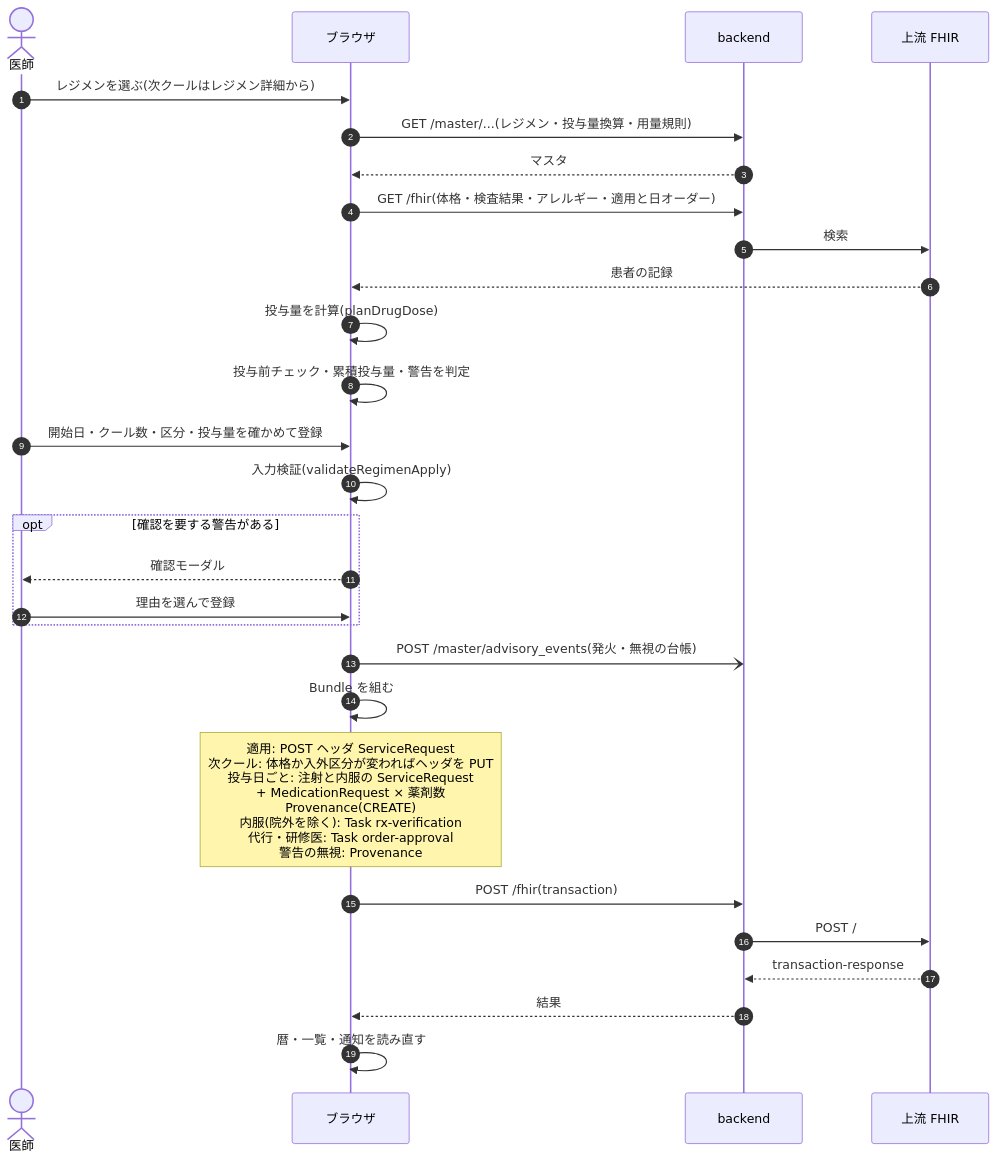
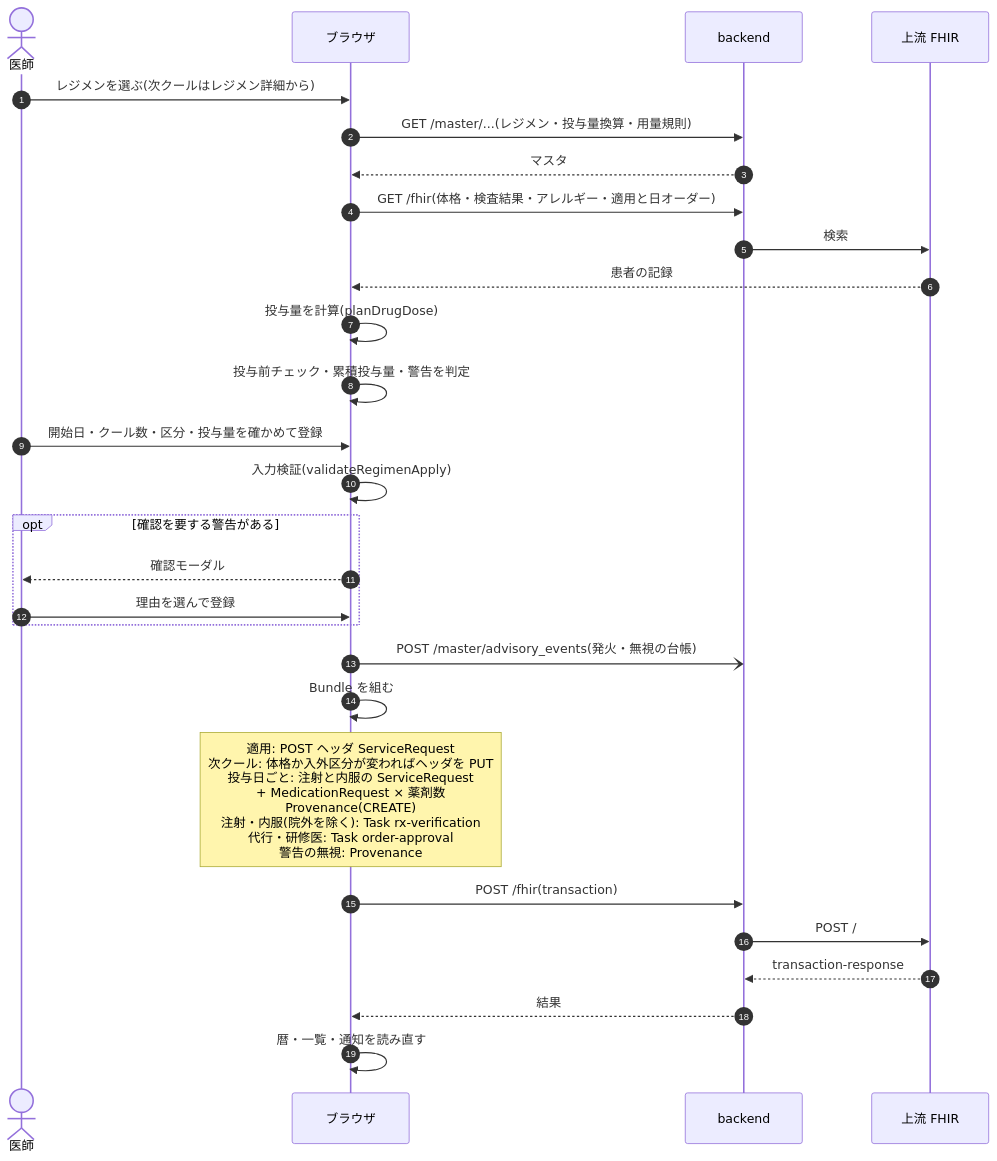
The fourth of 9 diagrams in docs/order-flows/chemotherapy.md (ysnr-dev/fhir-client), drawn with Mermaid before and after one commit. The commit also changed other lines of this file and 7 other files, not shown here.

````diff
--- a/docs/order-flows/chemotherapy.md
+++ b/docs/order-flows/chemotherapy.md
@@ -256,31 +257,31 @@
 ```mermaid
 sequenceDiagram
   autonumber
   actor Dr as 医師
   participant UI as ブラウザ
   participant BE as backend
   participant FHIR as 上流 FHIR
 
   Dr->>UI: レジメンを選ぶ(次クールはレジメン詳細から)
   UI->>BE: GET /master/...(レジメン・投与量換算・用量規則)
   BE-->>UI: マスタ
   UI->>BE: GET /fhir(体格・検査結果・アレルギー・適用と日オーダー)
   BE->>FHIR: 検索
   FHIR-->>UI: 患者の記録
   UI->>UI: 投与量を計算(planDrugDose)
   UI->>UI: 投与前チェック・累積投与量・警告を判定
   Dr->>UI: 開始日・クール数・区分・投与量を確かめて登録
   UI->>UI: 入力検証(validateRegimenApply)
   opt 確認を要する警告がある
     UI-->>Dr: 確認モーダル
     Dr->>UI: 理由を選んで登録
   end
   UI-)BE: POST /master/advisory_events(発火・無視の台帳)
   UI->>UI: Bundle を組む
-  Note over UI: 適用: POST ヘッダ ServiceRequest<br/>次クール: 体格か入外区分が変わればヘッダを PUT<br/>投与日ごと: 注射と内服の ServiceRequest<br/>+ MedicationRequest × 薬剤数<br/>Provenance(CREATE)<br/>内服(院外を除く): Task rx-verification<br/>代行・研修医: Task order-approval<br/>警告の無視: Provenance
+  Note over UI: 適用: POST ヘッダ ServiceRequest<br/>次クール: 体格か入外区分が変わればヘッダを PUT<br/>投与日ごと: 注射と内服の ServiceRequest<br/>+ MedicationRequest × 薬剤数<br/>Provenance(CREATE)<br/>注射・内服(院外を除く): Task rx-verification<br/>代行・研修医: Task order-approval<br/>警告の無視: Provenance
   UI->>BE: POST /fhir(transaction)
   BE->>FHIR: POST /
   FHIR-->>BE: transaction-response
   BE-->>UI: 結果
   UI->>UI: 暦・一覧・通知を読み直す
 ```
````
